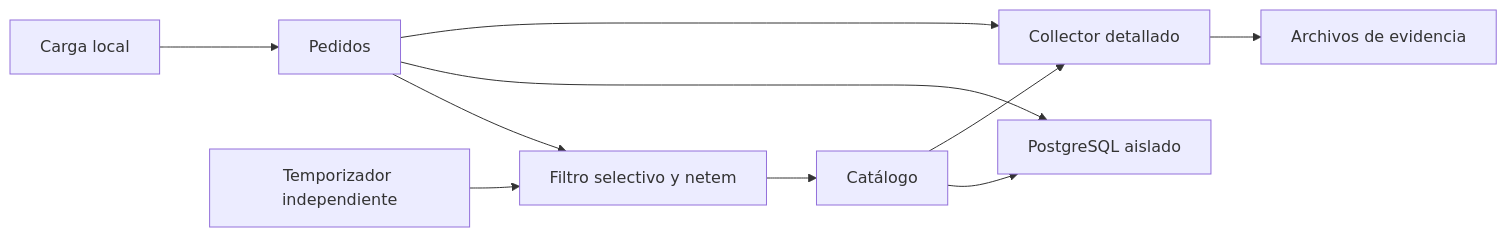
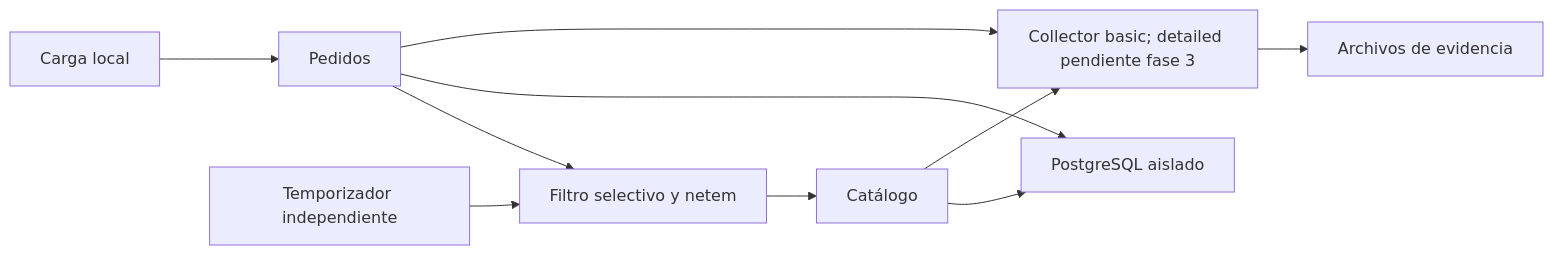
The diagram in specs/ID-003-gameday-caos-local/00-plan-general.md (json-fuquene/pipeline-otel-e2e), drawn with Mermaid before and after one commit. The commit also changed other lines of this file and 24 other files, not shown here.

````diff
--- a/specs/ID-003-gameday-caos-local/00-plan-general.md
+++ b/specs/ID-003-gameday-caos-local/00-plan-general.md
@@ -27,12 +27,12 @@
 ```mermaid
 flowchart LR
   L[Carga local] --> O[Pedidos]
   O --> F[Filtro selectivo y netem]
   F --> C[Catálogo]
   O --> P[PostgreSQL aislado]
   C --> P
   W[Temporizador independiente] --> F
-  O --> T[Collector detallado]
+  O --> T[Collector basic; detailed pendiente fase 3]
   C --> T
   T --> A[Archivos de evidencia]
 ```
````
